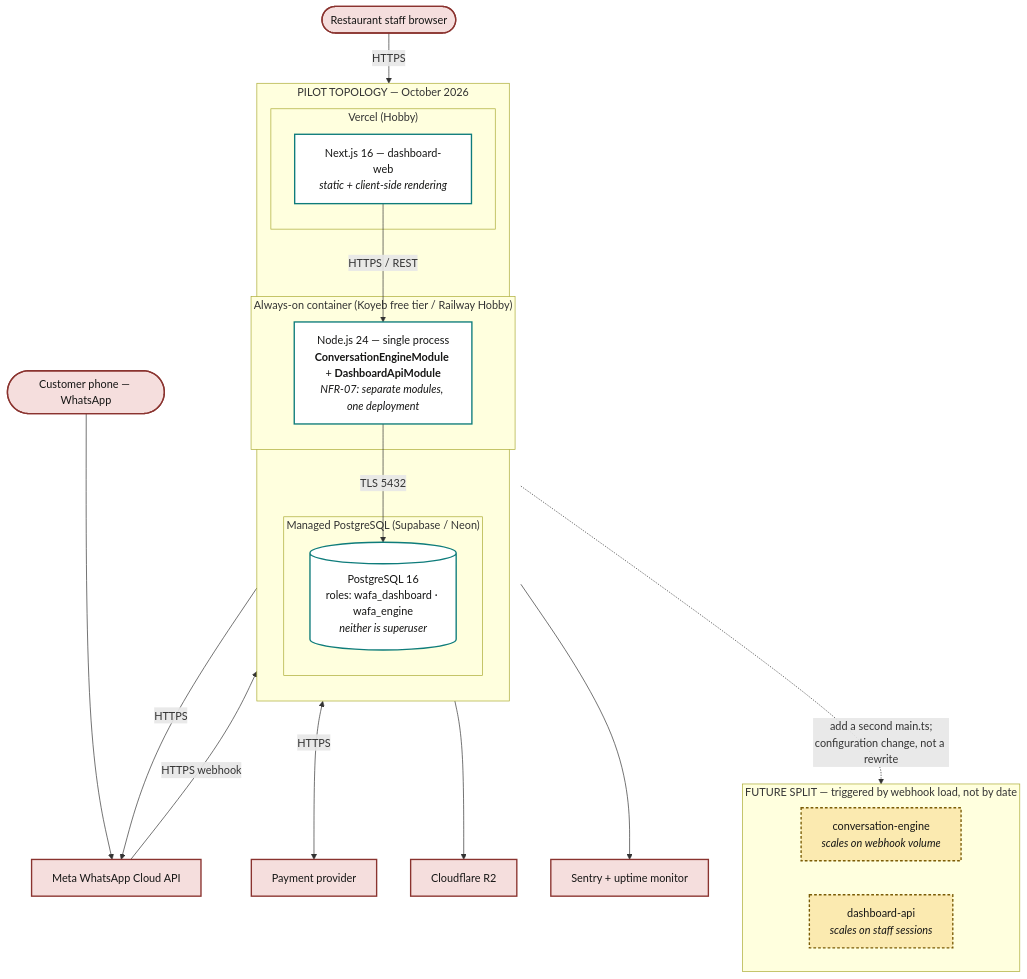
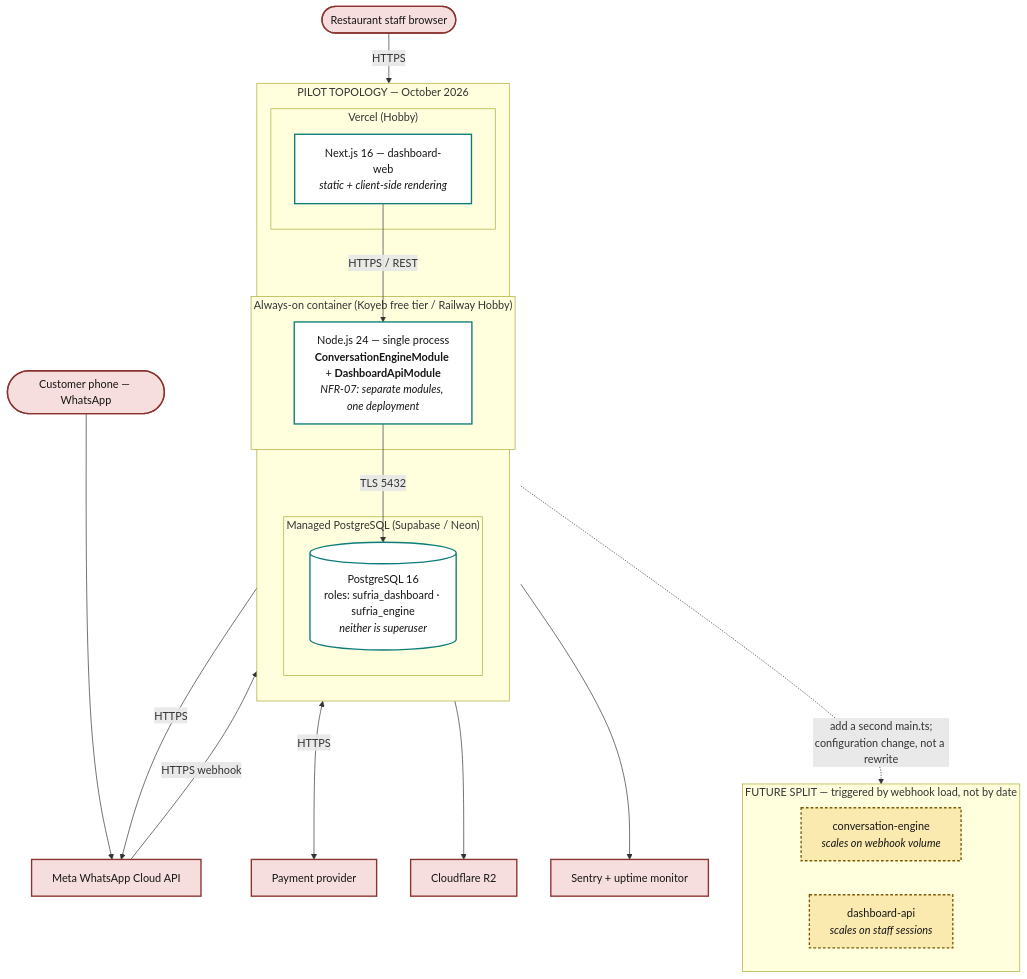
One commit to mozz-labs/sufria changed the diagram in docs/diagrams/05-deployment.mmd. Above: the diagram before and after it, drawn with Mermaid. The commit also changed 47 other files, not shown here.

Commit message:
chore: rename brand from Wafa to Sufria across packages, migrations, fixtures and docs

```diff
--- a/docs/diagrams/05-deployment.mmd
+++ b/docs/diagrams/05-deployment.mmd
@@ -1,42 +1,42 @@
 flowchart TB
     classDef node fill:#E1EAEE,stroke:#35555F,stroke-width:2px,color:#161615
     classDef proc fill:#FFFFFF,stroke:#0E7C7B,color:#161615
     classDef ext fill:#F5DEDD,stroke:#8A332F,color:#161615
     classDef future fill:#FBEAB0,stroke:#7A5C06,stroke-dasharray:4 3,color:#161615
 
     subgraph PILOT["PILOT TOPOLOGY — October 2026"]
         direction TB
         subgraph N1["Always-on container (Koyeb free tier / Railway Hobby)"]
             P1["Node.js 24 — single process<br/><b>ConversationEngineModule</b> + <b>DashboardApiModule</b><br/><i>NFR-07: separate modules, one deployment</i>"]:::proc
         end
         subgraph N2["Vercel (Hobby)"]
             P2["Next.js 16 — dashboard-web<br/><i>static + client-side rendering</i>"]:::proc
         end
         subgraph N3["Managed PostgreSQL (Supabase / Neon)"]
-            P3[("PostgreSQL 16<br/>roles: wafa_dashboard · wafa_engine<br/><i>neither is superuser</i>")]:::proc
+            P3[("PostgreSQL 16<br/>roles: sufria_dashboard · sufria_engine<br/><i>neither is superuser</i>")]:::proc
         end
     end
 
     BROWSER(["Restaurant staff browser"]):::ext
     PHONE(["Customer phone — WhatsApp"]):::ext
     META["Meta WhatsApp Cloud API"]:::ext
     PAYG["Payment provider"]:::ext
     R2["Cloudflare R2"]:::ext
     SENTRY["Sentry + uptime monitor"]:::ext
 
     BROWSER -->|"HTTPS"| P2
     P2 -->|"HTTPS / REST"| P1
     PHONE --> META
     META -->|"HTTPS webhook"| P1
     P1 -->|"HTTPS"| META
     P1 <-->|"HTTPS"| PAYG
     P1 -->|"TLS 5432"| P3
     P2 --> R2
     P1 --> SENTRY
 
     subgraph LATER["FUTURE SPLIT — triggered by webhook load, not by date"]
         direction LR
         F1["conversation-engine<br/><i>scales on webhook volume</i>"]:::future
         F2["dashboard-api<br/><i>scales on staff sessions</i>"]:::future
     end
     P1 -.->|"add a second main.ts;<br/>configuration change, not a rewrite"| LATER
```
